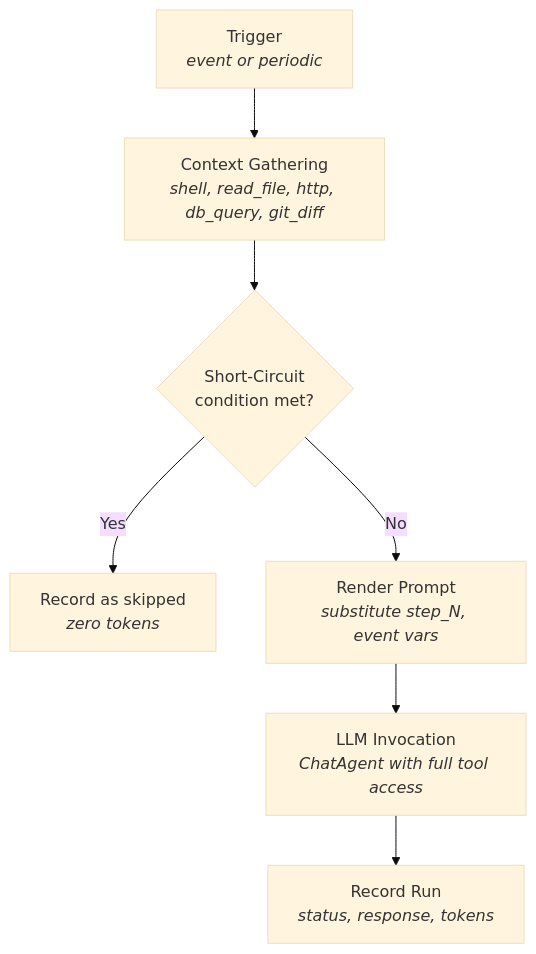
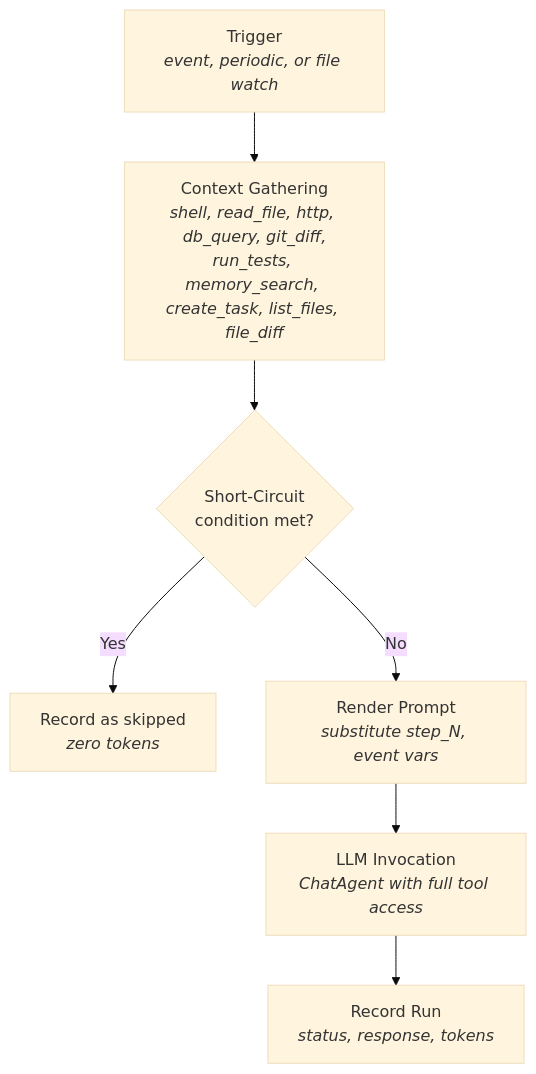
The first of 2 diagrams in specs/hooks.md (darcyle/agent-queue), drawn with Mermaid (base theme) before and after one commit. The commit also changed other lines of this file and 1 other file, not shown here.

First line of the commit message:
Update hooks spec with 5 missing context steps, file watcher, and notifications

````diff
--- a/specs/hooks.md
+++ b/specs/hooks.md
@@ -18,9 +18,9 @@
 ```mermaid
 flowchart TD
-    A[Trigger<br/><i>event or periodic</i>] --> B[Context Gathering<br/><i>shell, read_file, http, db_query, git_diff</i>]
+    A[Trigger<br/><i>event, periodic, or file watch</i>] --> B[Context Gathering<br/><i>shell, read_file, http, db_query, git_diff,<br/>run_tests, memory_search, create_task, list_files, file_diff</i>]
     B --> C{Short-Circuit<br/>condition met?}
     C -- Yes --> D[Record as skipped<br/><i>zero tokens</i>]
     C -- No --> E[Render Prompt<br/><i>substitute step_N, event vars</i>]
     E --> F[LLM Invocation<br/><i>ChatAgent with full tool access</i>]
     F --> G[Record Run<br/><i>status, response, tokens</i>]
 ```
````
